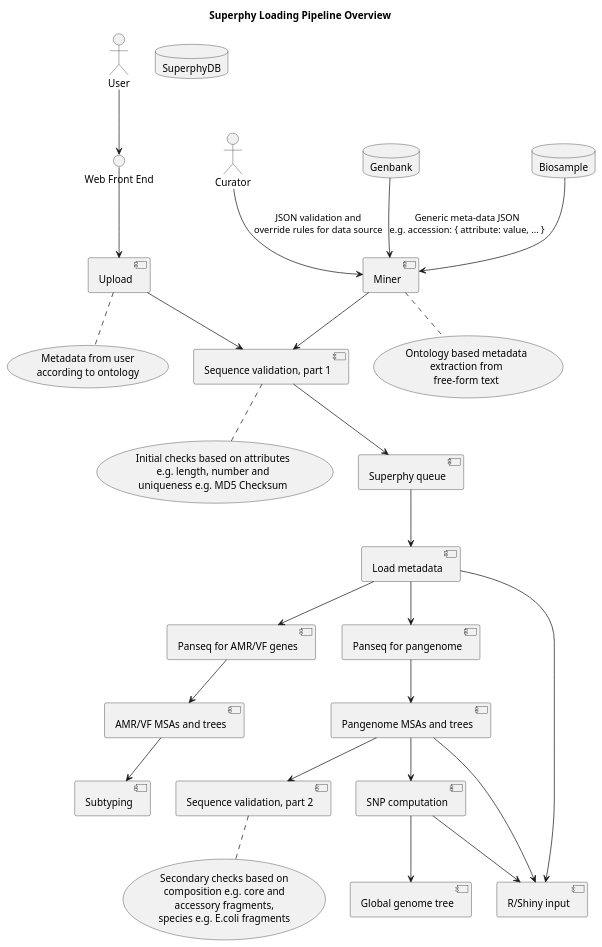
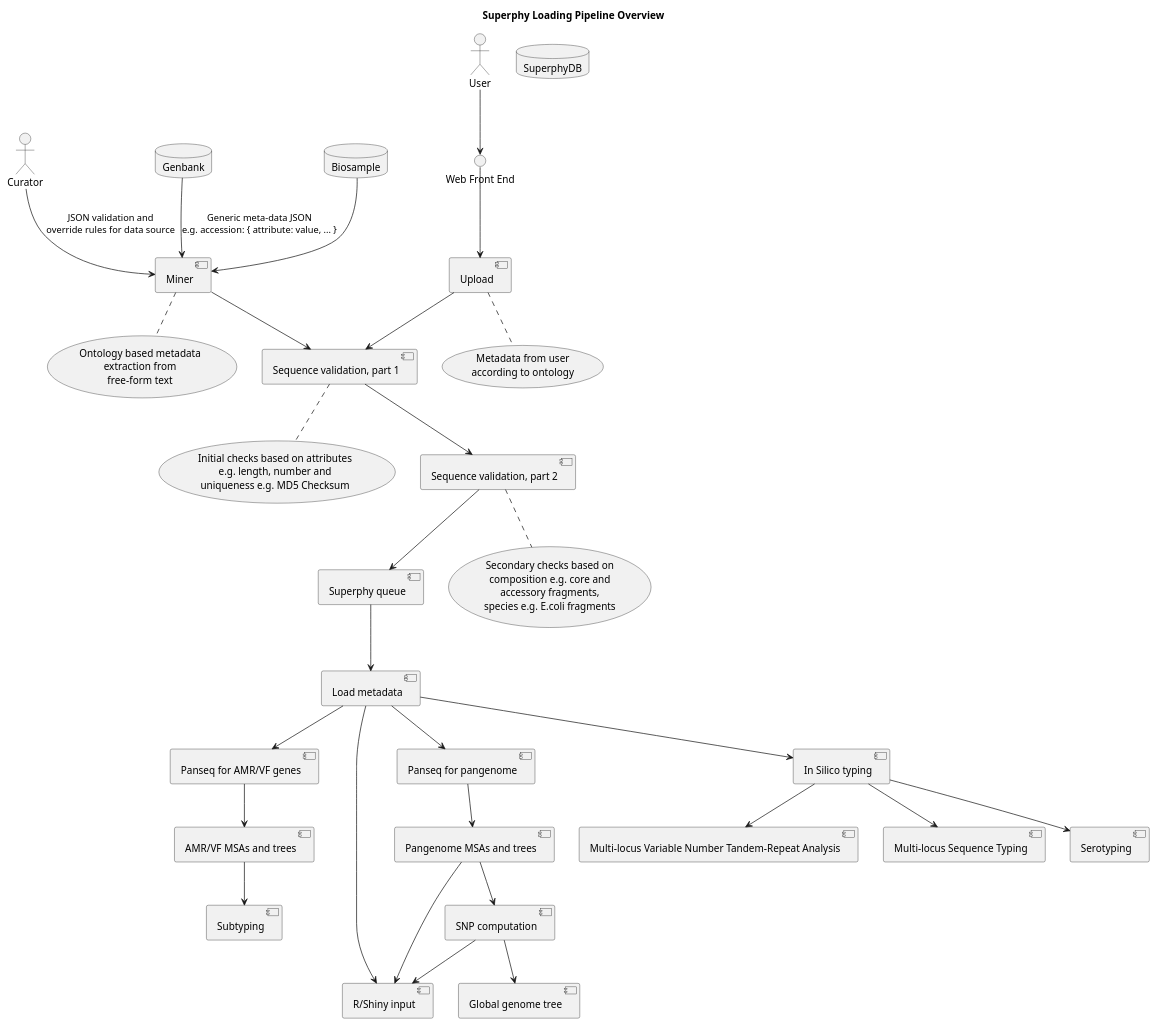
The diagram in uml/loading_overview.puml (superphy/semantic), drawn with PlantUML before and after one commit.

Commit message:
Updated the project overview UML to include in-silico typing. Moved the sequence validation check pre-queue.

```diff
--- a/uml/loading_overview.puml
+++ b/uml/loading_overview.puml
@@ -1,57 +1,66 @@
 @startuml
 title Superphy Loading Pipeline Overview
 
 'Data input
 actor Curator
 interface "Web Front End" as UI
 database "Genbank" as GB
 database "Biosample" as BS
 component [Miner] as Miner
 component [Upload] as Upload
 
 GB --> Miner: "Generic meta-data JSON\ne.g. accession: { attribute: value, ... }" 
 BS --> Miner
 :User: --> UI
 UI --> Upload
 
 'Validation 
 component [Sequence validation, part 1] as SV1
 
 Miner .. (Ontology based metadata\nextraction from\nfree-form text)
 Upload .. (Metadata from user\naccording to ontology)
 Curator --> Miner : "JSON validation and\noverride rules for data source"
 Miner --> SV1
 Upload --> SV1
 SV1 .. (Initial checks based on attributes\ne.g. length, number and\nuniqueness e.g. MD5 Checksum)
 
 'Computation
 component [Superphy queue] as SQ
 component [Load metadata] as LM
 component [Panseq for AMR/VF genes] as PAMR
 component [Panseq for pangenome] as PPG
 component [AMR/VF MSAs and trees] as AMRTree
 component [Pangenome MSAs and trees] as PGTree
 component [Subtyping] as ST
 database "SuperphyDB" as DB
 component [SNP computation] as SNP
 component [R/Shiny input] as Shiny
 component [Sequence validation, part 2] as SV2
 component [Global genome tree] as Tree
+component [In Silico typing] as IST
+component [Multi-locus Variable Number Tandem-Repeat Analysis] as MLVA
+component [Multi-locus Sequence Typing] as MLST
+component [Serotyping] as SRT
 
-SV1 --> SQ
+
+SV1 --> SV2
+SV2 --> SQ
 SQ --> LM
 LM --> PAMR
 LM --> PPG
 PAMR --> AMRTree
 PPG --> PGTree
 AMRTree --> ST
-PGTree --> SV2
 PGTree --> SNP
 PGTree --> Shiny
 SNP --> Shiny
 SNP --> Tree
 LM --> Shiny
+LM --> IST
+IST --> MLVA
+IST --> MLST
+IST --> SRT
 
 SV2 .. (Secondary checks based on\ncomposition e.g. core and\naccessory fragments,\nspecies e.g. E.coli fragments)
 
 @enduml
```
